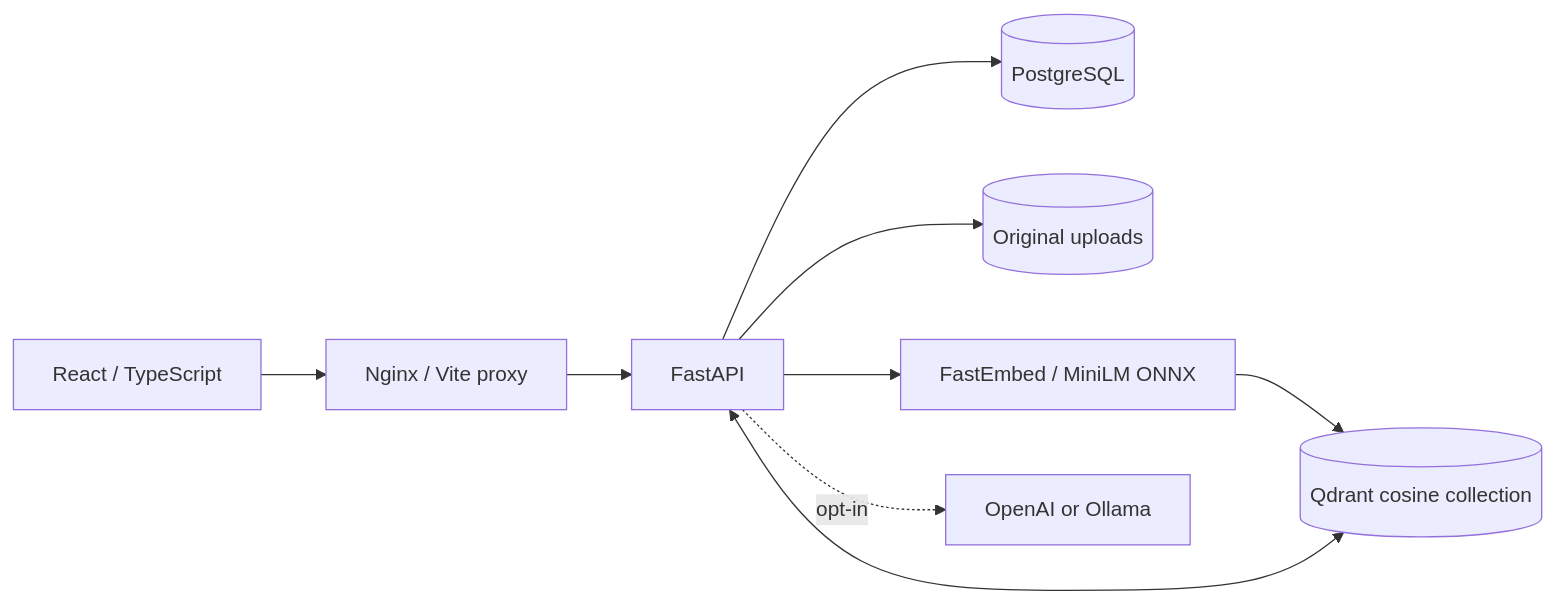
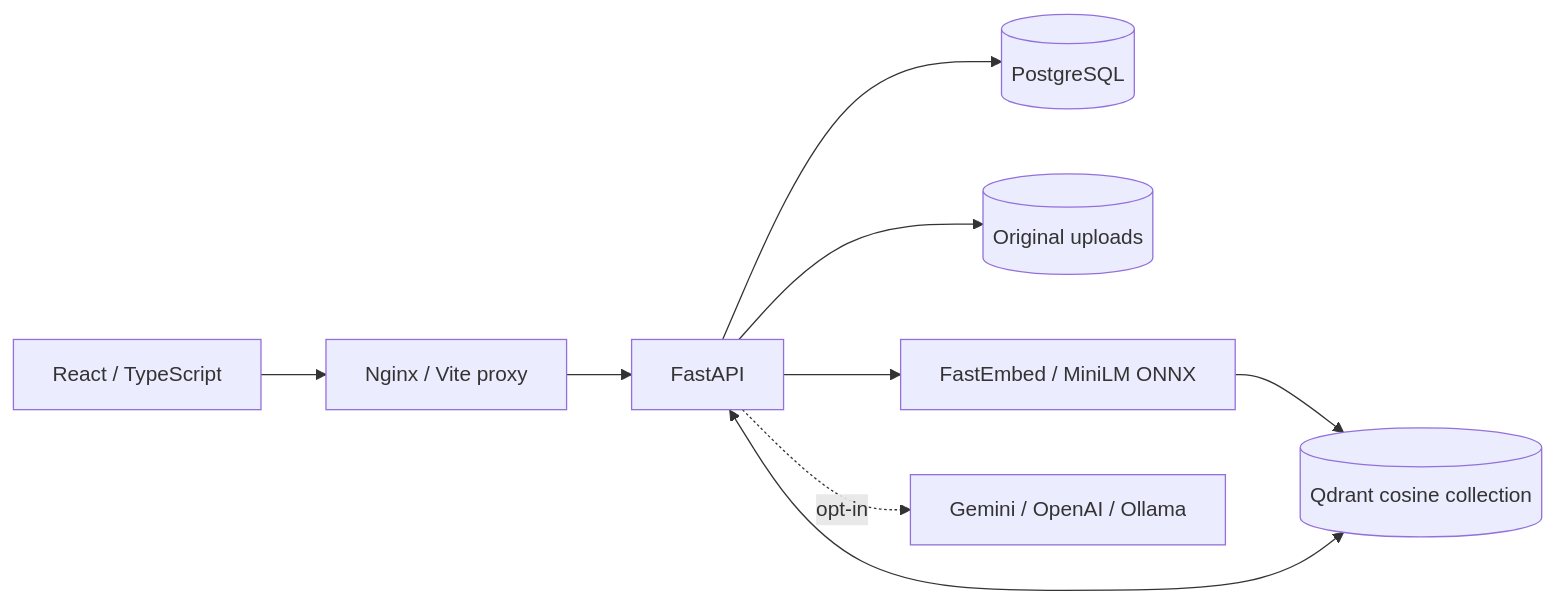
Before and after one commit to CHAKRAbdedaym/knowledgeos-enterprise-rag: the first of 4 diagrams in docs/ARCHITECTURE.md, drawn with Mermaid. The commit also changed other lines of this file and 21 other files, not shown here.

````diff
--- a/docs/ARCHITECTURE.md
+++ b/docs/ARCHITECTURE.md
@@ -5,11 +5,11 @@
 ```mermaid
 flowchart LR
   Browser[React / TypeScript] --> Nginx[Nginx / Vite proxy]
   Nginx --> API[FastAPI]
   API --> SQL[(PostgreSQL)]
   API --> Files[(Original uploads)]
   API --> Encoder[FastEmbed / MiniLM ONNX]
   Encoder --> Q[(Qdrant cosine collection)]
   API <--> Q
-  API -. opt-in .-> LLM[OpenAI or Ollama]
+  API -. opt-in .-> LLM[Gemini / OpenAI / Ollama]
 ```
````
